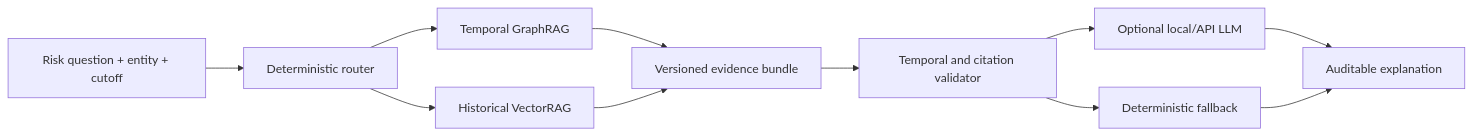
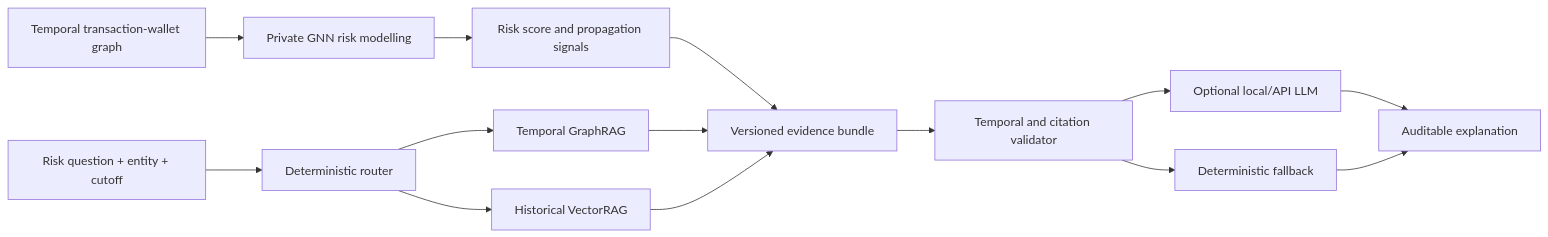
One commit to lianjiaqi323-del/Hybrid-GraphRAG-Temporal-Graph-Risk-Intelligence changed the diagram in README.md. Above: the diagram before and after it, drawn with Mermaid. The commit also changed other lines of this file, not shown here.

First line of the commit message:
Clarify GNN role in research architecture

````diff
--- a/README.md
+++ b/README.md
@@ -19,13 +20,16 @@
 ```mermaid
 flowchart LR
+    T["Temporal transaction-wallet graph"] --> N["Private GNN risk modelling"]
+    N --> S["Risk score and propagation signals"]
     Q["Risk question + entity + cutoff"] --> R["Deterministic router"]
     R --> G["Temporal GraphRAG"]
     R --> V["Historical VectorRAG"]
-    G --> E["Versioned evidence bundle"]
+    S --> E["Versioned evidence bundle"]
+    G --> E
     V --> E
     E --> C["Temporal and citation validator"]
     C --> L["Optional local/API LLM"]
     C --> D["Deterministic fallback"]
     L --> A["Auditable explanation"]
     D --> A
 ```
````
